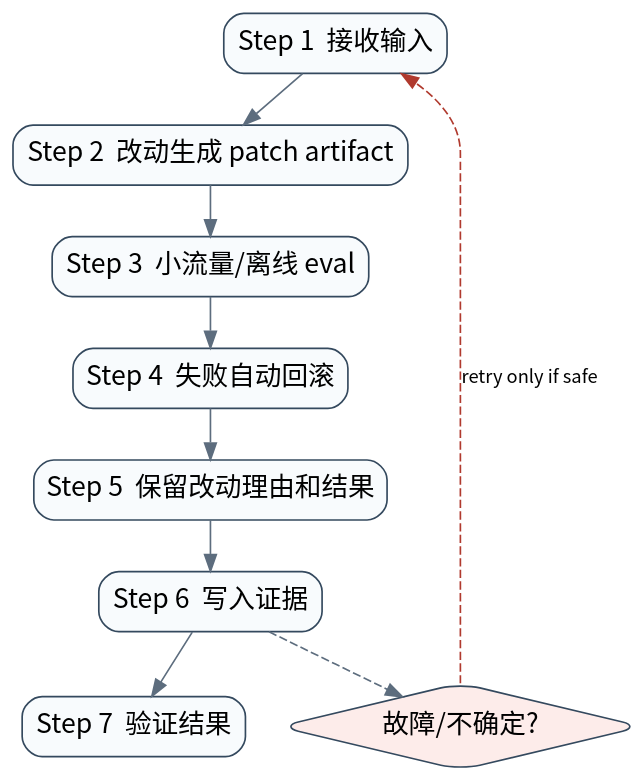
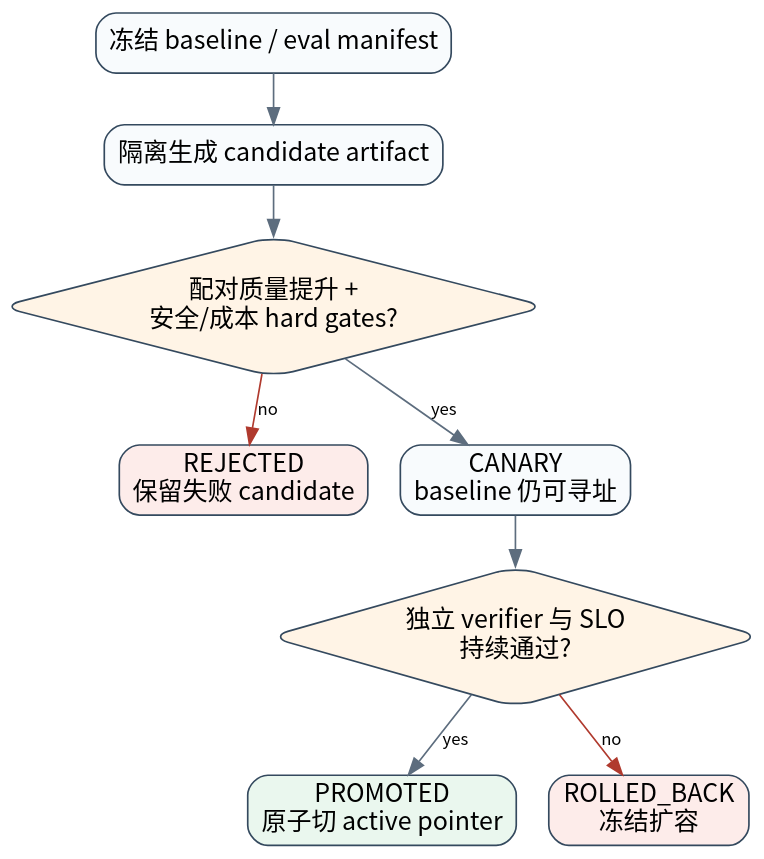
The diagram in book/assets/diagrams/39-self-improve-flow.dot (william-lbn/aiagentsystem), drawn with Graphviz before and after one commit. The commit also changed 115 other files, not shown here.

```diff
--- a/book/assets/diagrams/39-self-improve-flow.dot
+++ b/book/assets/diagrams/39-self-improve-flow.dot
@@ -1,21 +1,20 @@
 digraph G {
-graph [rankdir=TB,bgcolor="transparent",pad="0.15",nodesep="0.28",ranksep="0.42"];
-node [shape=box,style="rounded,filled",fontname="Noto Sans CJK SC",fontsize=16,color="#34495e",fillcolor="#f8fbfd"];
-edge [fontname="Noto Sans CJK SC",fontsize=11,color="#5d6d7e"];
-s0 [label="Step 1  接收输入"];
-s1 [label="Step 2  改动生成 patch artifact"];
-s2 [label="Step 3  小流量/离线 eval"];
-s3 [label="Step 4  失败自动回滚"];
-s4 [label="Step 5  保留改动理由和结果"];
-s5 [label="Step 6  写入证据"];
-s6 [label="Step 7  验证结果"];
-s0->s1;
-s1->s2;
-s2->s3;
-s3->s4;
-s4->s5;
-s5->s6;
-fail [shape=diamond,label="故障/不确定?",fillcolor="#fdecea"];
-s5->fail [style=dashed];
-fail->s0 [label="retry only if safe",style=dashed,color="#b03a2e"];
+graph [rankdir=TB,bgcolor="transparent",pad="0.15",nodesep="0.27",ranksep="0.40"];
+node [shape=box,style="rounded,filled",fontname="Noto Sans CJK SC",fontsize=15,color="#34495e",fillcolor="#f8fbfd"];
+edge [fontname="Noto Sans CJK SC",fontsize=10,color="#5d6d7e"];
+freeze [label="冻结 baseline / eval manifest"];
+generate [label="隔离生成 candidate artifact"];
+offline [shape=diamond,label="配对质量提升 +\n安全/成本 hard gates?",fillcolor="#fff4e6"];
+reject [label="REJECTED\n保留失败 candidate",fillcolor="#fdecea"];
+canary [label="CANARY\nbaseline 仍可寻址"];
+online [shape=diamond,label="独立 verifier 与 SLO\n持续通过?",fillcolor="#fff4e6"];
+promote [label="PROMOTED\n原子切 active pointer",fillcolor="#eaf7ee"];
+rollback [label="ROLLED_BACK\n冻结扩容",fillcolor="#fdecea"];
+freeze->generate;
+generate->offline;
+offline->reject [label="no",color="#b03a2e"];
+offline->canary [label="yes"];
+canary->online;
+online->promote [label="yes"];
+online->rollback [label="no",color="#b03a2e"];
 }
```
